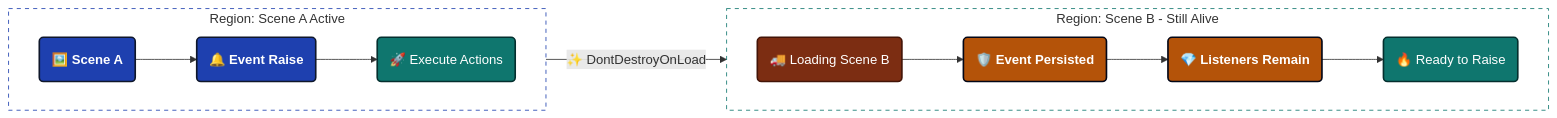
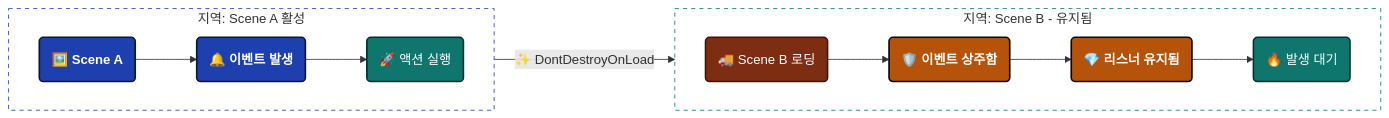
Before and after one commit to tinygiants-tech/TinyGiants: the fifth of 5 diagrams in i18n/ko/docusaurus-plugin-content-docs/current/game-event-system/visual-workflow/game-event-behavior.md, drawn with Mermaid. The commit also changed other lines of this file and 81 other files, not shown here.

````diff
--- a/i18n/ko/docusaurus-plugin-content-docs/current/game-event-system/visual-workflow/game-event-behavior.md
+++ b/i18n/ko/docusaurus-plugin-content-docs/current/game-event-system/visual-workflow/game-event-behavior.md
@@ -420,26 +420,26 @@
 ```mermaid
 graph LR
 
     classDef sceneA fill:#1e40af,stroke:#0f172a,stroke-width:2px,color:#ffffff,font-weight:bold
     classDef action fill:#0f766e,stroke:#042f2e,stroke-width:2px,color:#ffffff
     classDef transition fill:#7c2d12,stroke:#431407,stroke-width:2px,color:#ffffff
     classDef persistence fill:#b45309,stroke:#020617,stroke-width:2px,color:#ffffff,font-weight:bold
     classDef success fill:#0f766e,stroke:#042f2e,stroke-width:2px,color:#ffffff
 
-    subgraph Scene_A [Region: Scene A Active]
+    subgraph Scene_A [지역: Scene A 활성]
         direction LR
-        A(🖼️ Scene A):::sceneA --> B(🔔 Event Raise):::sceneA
-        B --> C(🚀 Execute Actions):::action
+        A(🖼️ Scene A):::sceneA --> B(🔔 이벤트 발생):::sceneA
+        B --> C(🚀 액션 실행):::action
     end
     style Scene_A fill:none,stroke:#1e40af,stroke-dasharray: 5 5
 
-    C -- "✨ DontDestroyOnLoad" --> D(🚚 Loading Scene B):::transition
+    C -- "✨ DontDestroyOnLoad" --> D(🚚 Scene B 로딩):::transition
 
-    subgraph Scene_B [Region: Scene B - Still Alive]
+    subgraph Scene_B [지역: Scene B - 유지됨]
         direction LR
-        D --> E(🛡️ Event Persisted):::persistence
-        E --> F(💎 Listeners Remain):::persistence
-        F --> G(🔥 Ready to Raise):::success
+        D --> E(🛡️ 이벤트 상주함):::persistence
+        E --> F(💎 리스너 유지됨):::persistence
+        F --> G(🔥 발생 대기):::success
     end
     style Scene_B fill:none,stroke:#0f766e,stroke-dasharray: 5 5
 ```
````
